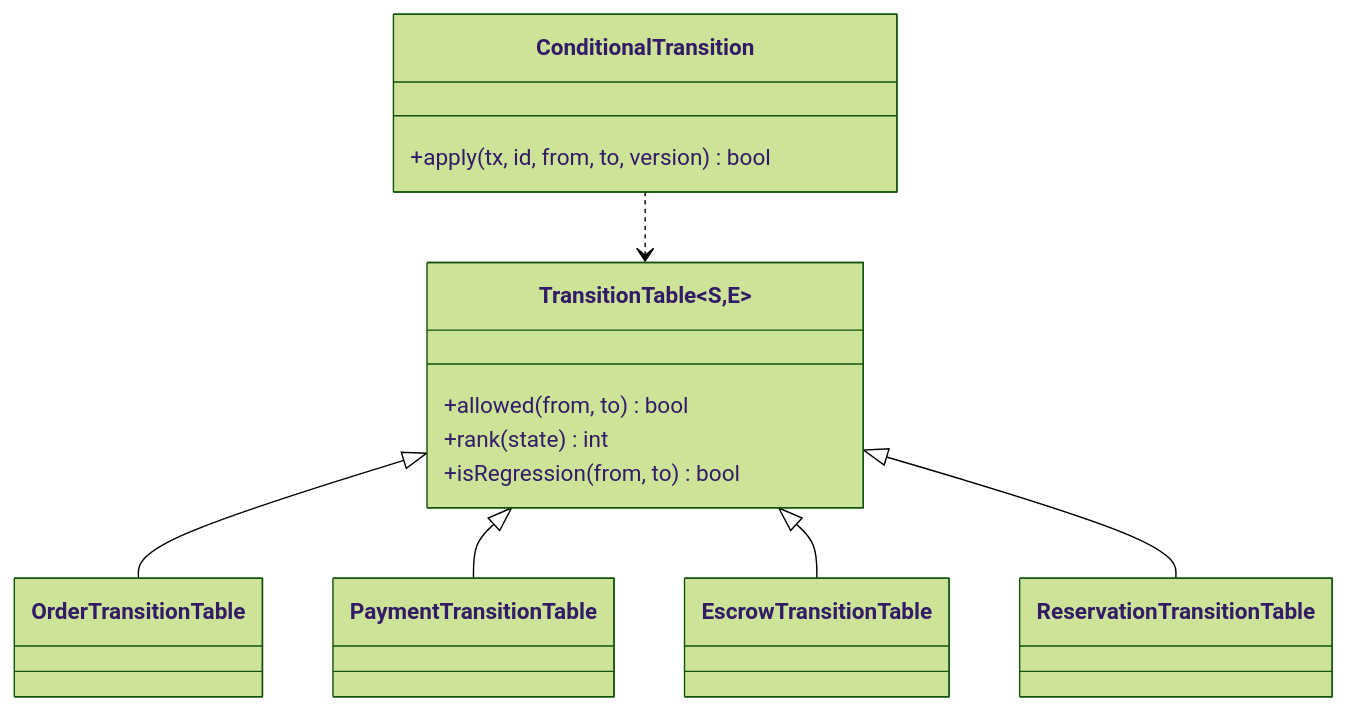
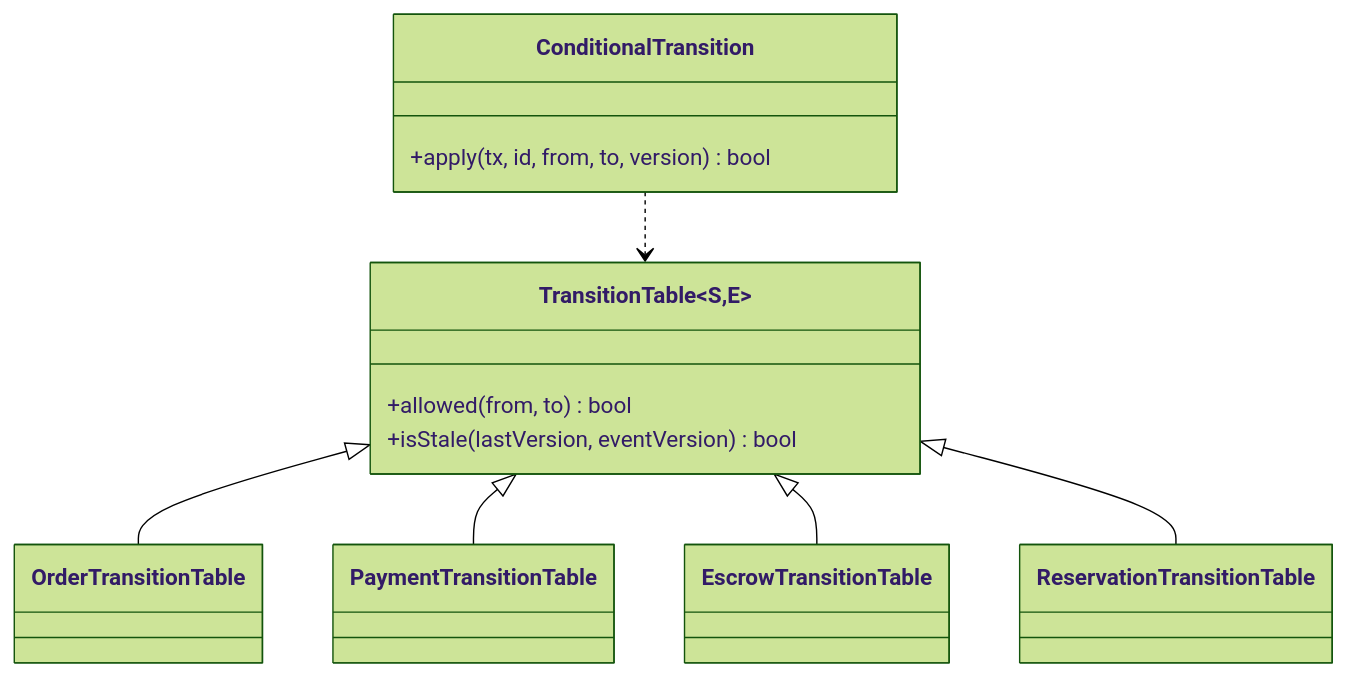
Diagram 27 of 28 in docs/design/phases/02-commerce.md (1985jwlee/portpolio_backend), drawn with Mermaid (forest theme) before and after one commit. The commit also changed other lines of this file and 33 other files, not shown here.

````diff
--- a/docs/design/phases/02-commerce.md
+++ b/docs/design/phases/02-commerce.md
@@ -1650,20 +1697,19 @@
 ```mermaid
 classDiagram
     class TransitionTable~S,E~ {
         +allowed(from, to) bool
-        +rank(state) int
-        +isRegression(from, to) bool
+        +isStale(lastVersion, eventVersion) bool
     }
     class OrderTransitionTable
     class PaymentTransitionTable
     class EscrowTransitionTable
     class ReservationTransitionTable
     TransitionTable <|-- OrderTransitionTable
     TransitionTable <|-- PaymentTransitionTable
     TransitionTable <|-- EscrowTransitionTable
     TransitionTable <|-- ReservationTransitionTable
     class ConditionalTransition {
         +apply(tx, id, from, to, version) bool
     }
     ConditionalTransition ..> TransitionTable
 ```
````
